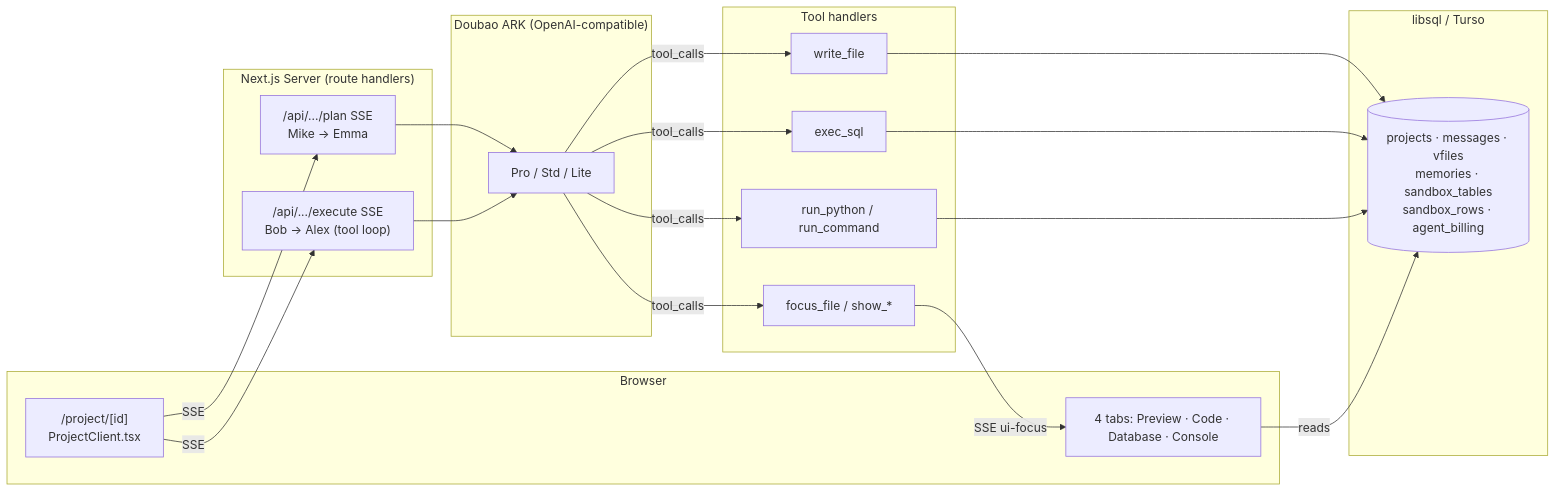
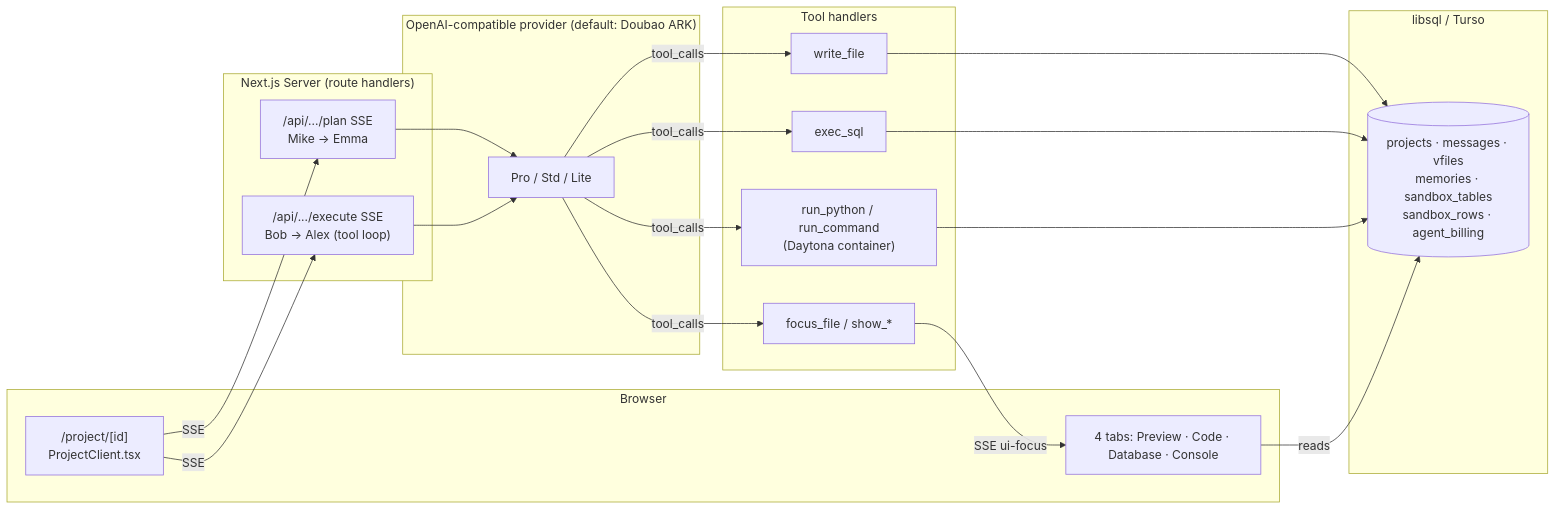
The diagram in README.md (Heliner/openAtoms), drawn with Mermaid before and after one commit. The commit also changed other lines of this file and 2 other files, not shown here.

First line of the commit message:
docs: relaunch as openAtoms — open-source positioning

````diff
--- a/README.md
+++ b/README.md
@@ -40,31 +43,31 @@
 ```mermaid
 flowchart LR
     subgraph Browser
         UI["/project/[id]<br/>ProjectClient.tsx"]
         Tabs["4 tabs: Preview · Code · Database · Console"]
     end
     subgraph Next["Next.js Server (route handlers)"]
         Plan["/api/.../plan SSE<br/>Mike → Emma"]
         Exec["/api/.../execute SSE<br/>Bob → Alex (tool loop)"]
     end
-    subgraph LLM["Doubao ARK (OpenAI-compatible)"]
+    subgraph LLM["OpenAI-compatible provider (default: Doubao ARK)"]
         Models["Pro / Std / Lite"]
     end
     subgraph Sandbox["Tool handlers"]
         WF[write_file]
         SQL[exec_sql]
-        RUN[run_python / run_command]
+        RUN["run_python / run_command<br/>(Daytona container)"]
         SHOW[focus_file / show_*]
     end
     subgraph DB["libsql / Turso"]
         T[("projects · messages · vfiles<br/>memories · sandbox_tables<br/>sandbox_rows · agent_billing")]
     end
     UI -- SSE --> Plan
     UI -- SSE --> Exec
     Plan --> Models
     Exec --> Models
     Models -- tool_calls --> WF & SQL & RUN & SHOW
     WF & SQL & RUN --> T
     SHOW -- SSE ui-focus --> Tabs
     Tabs -- reads --> T
 ```
````
